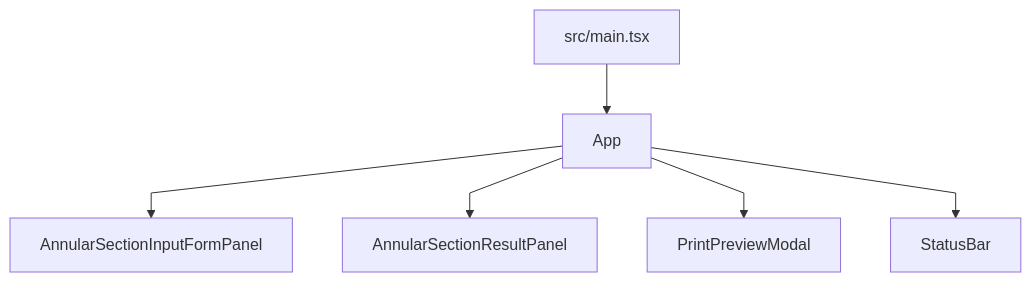
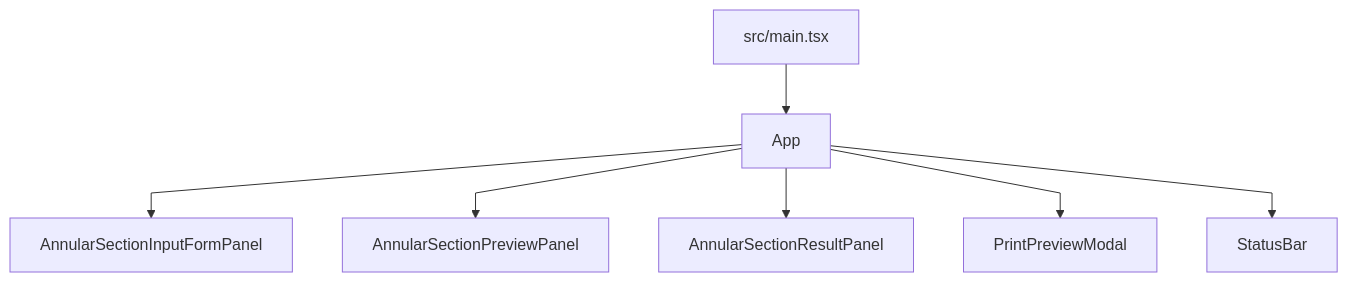
Before and after one commit to sstools-jp/rc: the first of 4 diagrams in docs/component-hierarchy.md, drawn with Mermaid. The commit also changed other lines of this file and 18 other files, not shown here.

````diff
--- a/docs/component-hierarchy.md
+++ b/docs/component-hierarchy.md
@@ -9,9 +9,10 @@
 ```mermaid
 %%{init: {'flowchart': {'curve': 'linear'}} }%%
 flowchart TB
   Main["src/main.tsx"] --> App["App"]
   App --> InputFormPanel["AnnularSectionInputFormPanel"]
+  App --> PreviewPanel["AnnularSectionPreviewPanel"]
   App --> ResultPanel["AnnularSectionResultPanel"]
   App --> PrintPreviewModal["PrintPreviewModal"]
   App --> StatusBar["StatusBar"]
 ```
````
